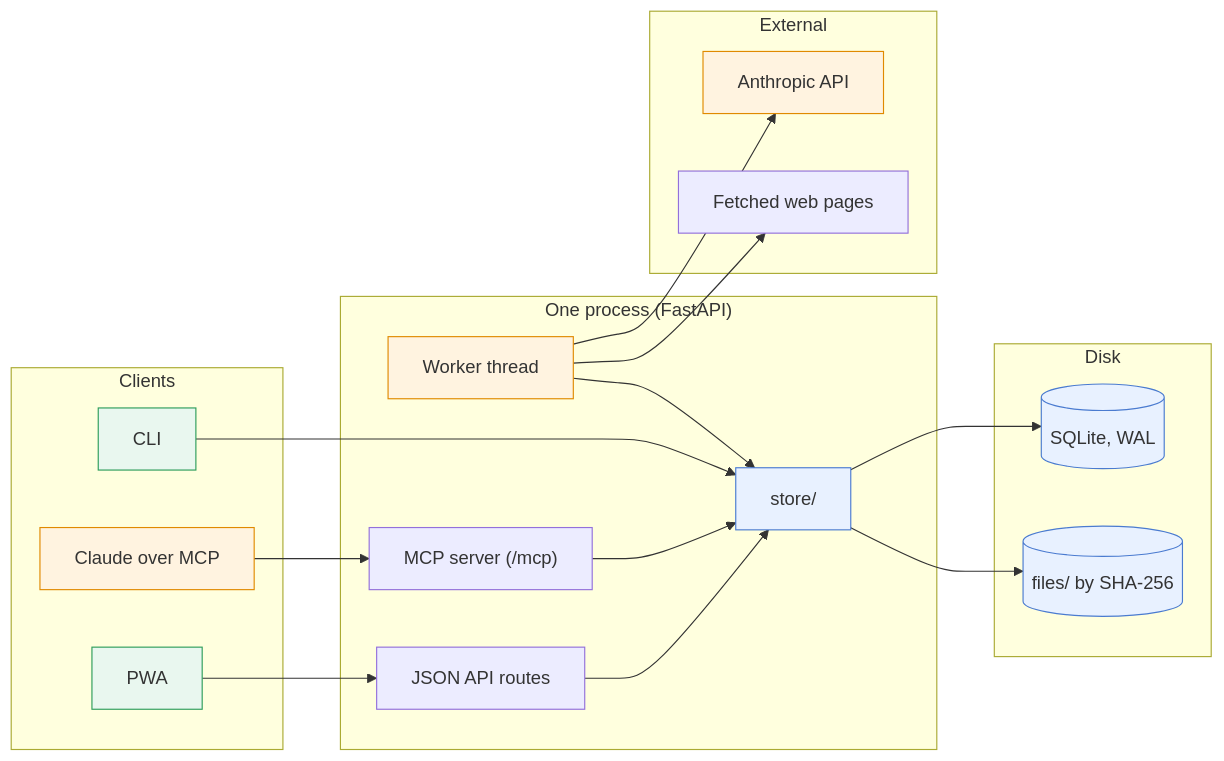
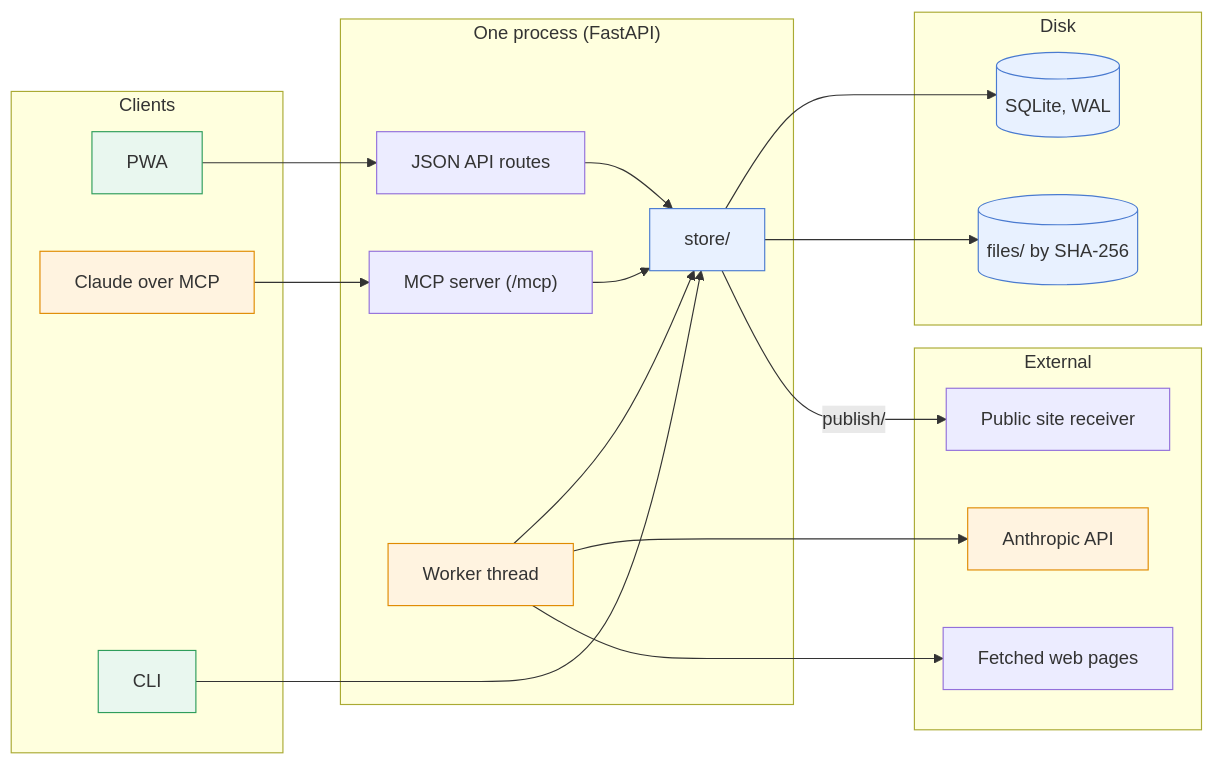
The first of 3 diagrams in docs/explanations/design.md (gilesknap/scrap), drawn with Mermaid before and after one commit. The commit also changed other lines of this file and 15 other files, not shown here.

First line of the commit message:
docs: reference and architecture match the code and the Litestream layout

````diff
--- a/docs/explanations/design.md
+++ b/docs/explanations/design.md
@@ -20,40 +21,42 @@
 ```mermaid
 flowchart LR
     subgraph clients["Clients"]
         pwa["PWA"]
         mcpc["Claude over MCP"]
         cli["CLI"]
     end
     subgraph proc["One process (FastAPI)"]
         api["JSON API routes"]
         mcp["MCP server (/mcp)"]
         store["store/"]
         worker["Worker thread"]
     end
     subgraph disk["Disk"]
         db[("SQLite, WAL")]
         files[("files/ by SHA-256")]
     end
     subgraph ext["External"]
         anth["Anthropic API"]
         web["Fetched web pages"]
+        pub["Public site receiver"]
     end
 
     pwa --> api
     mcpc --> mcp
     api --> store
     mcp --> store
     cli --> store
     worker --> store
     store --> db
     store --> files
     worker --> anth
     worker --> web
+    store -->|"publish/"| pub
 
     classDef user fill:#e9f7ef,stroke:#2e9d5b
     classDef claude fill:#fff3e0,stroke:#e08a00
     classDef store fill:#e8f1ff,stroke:#4a7bd0
     class pwa,cli user
     class mcpc,anth,worker claude
     class db,files,store store
 ```
````
